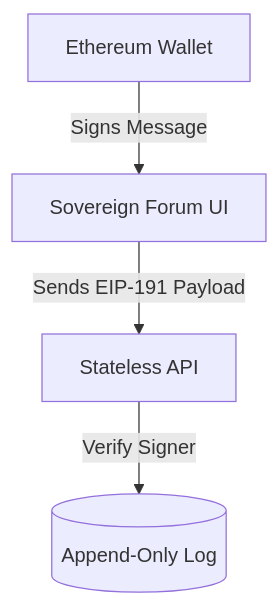
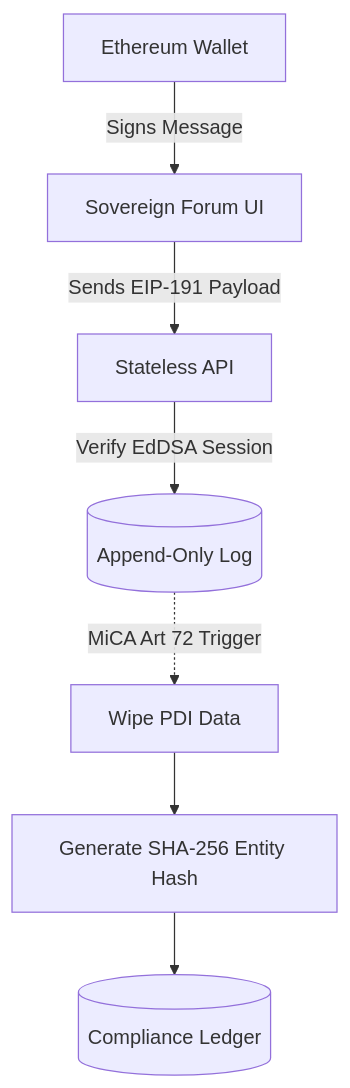
Before and after one commit to atfortyseven-creations/whalecosystem: diagram 23 of 30 in README.md, drawn with Mermaid. The commit also changed other lines of this file and 1 other file, not shown here.

Commit message:
feat: add developers documentation page with detailed infrastructure and security architecture specifications

````diff
--- a/README.md
+++ b/README.md
@@ -399,6 +404,9 @@
 ```mermaid
 graph TD
     Wallet[Ethereum Wallet] -->|Signs Message| Forum[Sovereign Forum UI]
     Forum -->|Sends EIP-191 Payload| Server[Stateless API]
-    Server -->|Verify Signer| Postgres[(Append-Only Log)]
+    Server -->|Verify EdDSA Session| Postgres[(Append-Only Log)]
+    Postgres -.->|MiCA Art 72 Trigger| Wipe[Wipe PDI Data]
+    Wipe --> Hash[Generate SHA-256 Entity Hash]
+    Hash --> Audit[(Compliance Ledger)]
 ```
````
